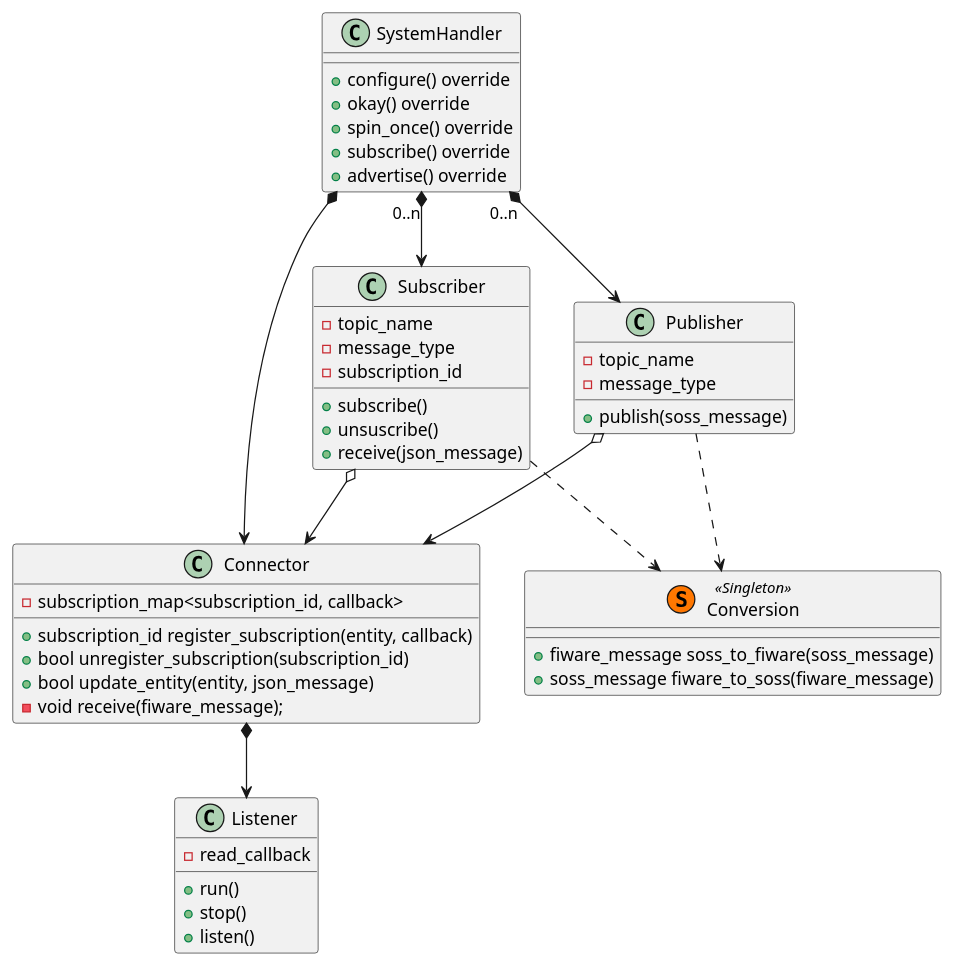
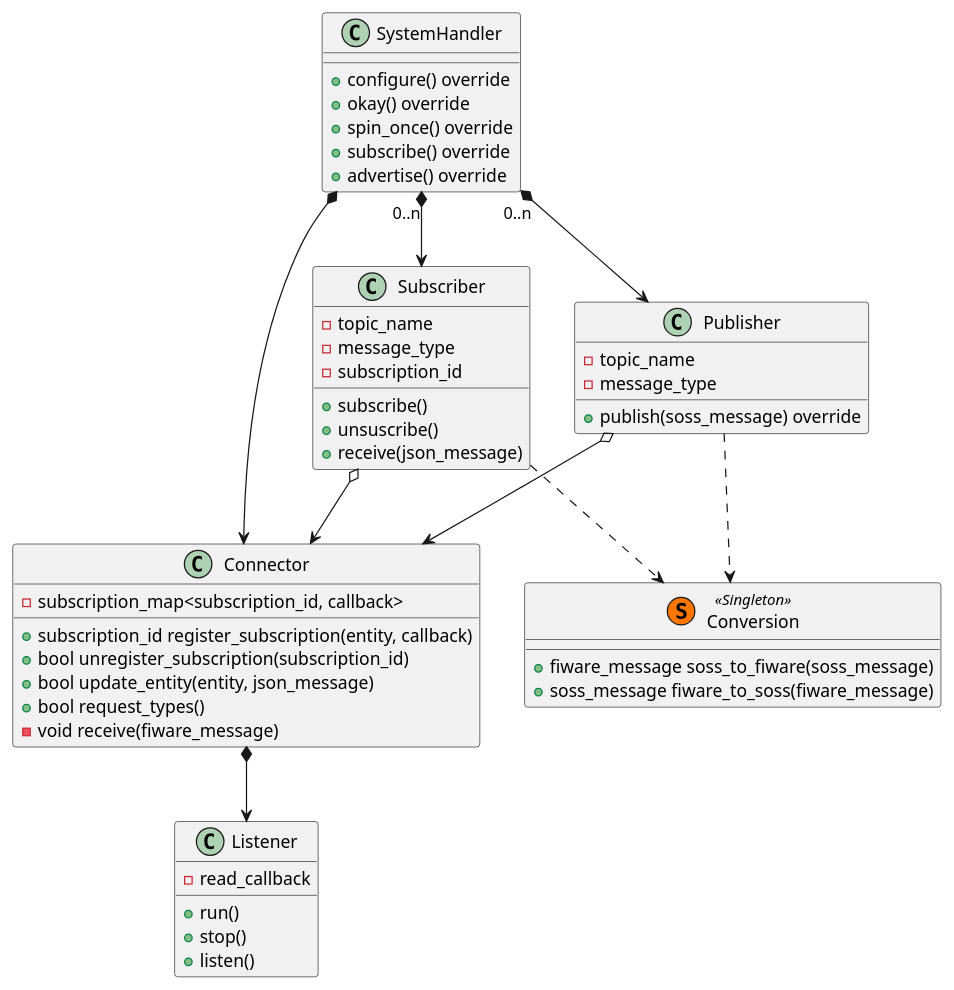
The diagram in doc/diagrams-design/class.puml (eProsima/FIWARE-SH), drawn with PlantUML before and after one commit. The commit also changed 3 other files, not shown here.

```diff
--- a/doc/diagrams-design/class.puml
+++ b/doc/diagrams-design/class.puml
@@ -1,57 +1,58 @@
 @startuml
 
 SystemHandler "0..n" *--> Publisher
 SystemHandler "0..n" *--> Subscriber
 SystemHandler *--> Connector
 Publisher o--> Connector
 Subscriber o--> Connector
 Connector *--> Listener
 
 Publisher ..> Conversion
 Subscriber ..> Conversion
 
 class SystemHandler {
     + configure() override
     + okay() override
     + spin_once() override
     + subscribe() override
     + advertise() override
 }
 
 class Connector {
     - subscription_map<subscription_id, callback>
     + subscription_id register_subscription(entity, callback)
     + bool unregister_subscription(subscription_id)
     + bool update_entity(entity, json_message)
-    - void receive(fiware_message);
+    + bool request_types()
+    - void receive(fiware_message)
 }
 
 class Publisher {
     - topic_name
     - message_type
-    + publish(soss_message)
+    + publish(soss_message) override
 }
 
 class Subscriber {
     - topic_name
     - message_type
     - subscription_id
     + subscribe()
     + unsuscribe()
     + receive(json_message)
 }
 
 class Conversion << (S,#FF7700) Singleton >> {
     + fiware_message soss_to_fiware(soss_message)
     + soss_message fiware_to_soss(fiware_message)
 }
 
 class Listener {
     - read_callback
     + run()
     + stop()
     + listen()
 
 }
 
 @enduml
```
